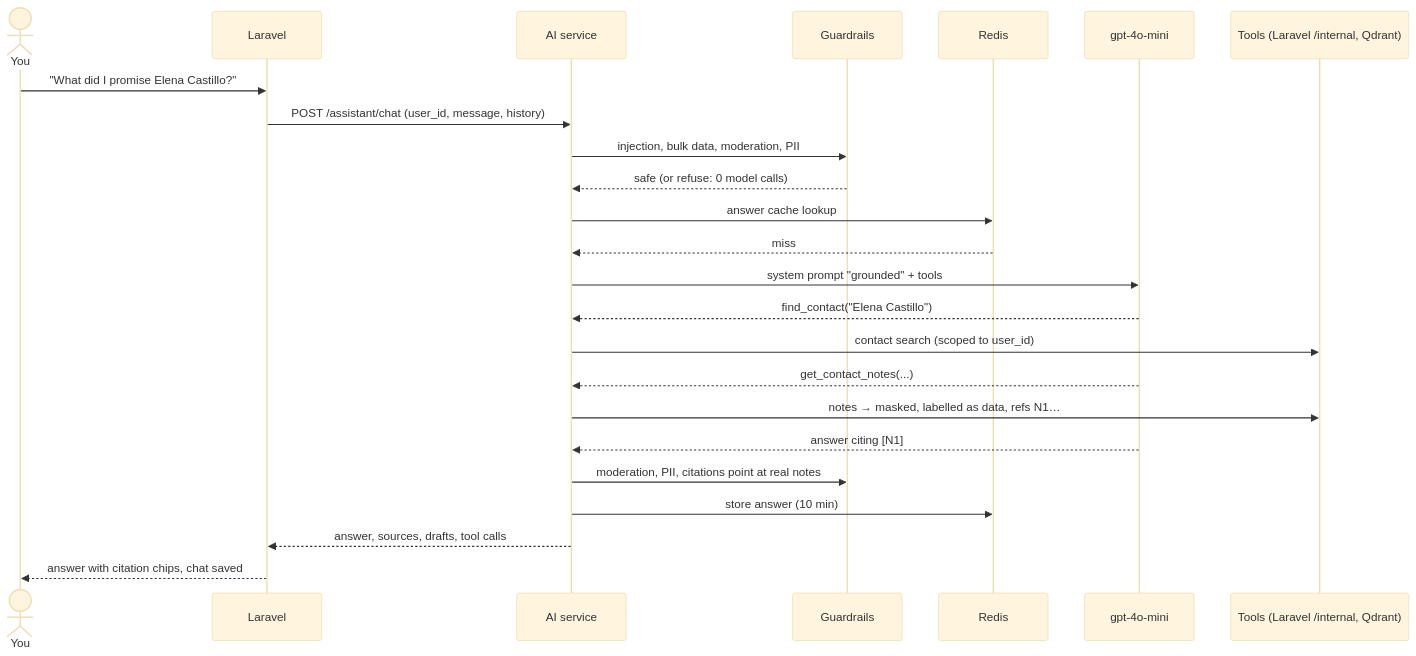
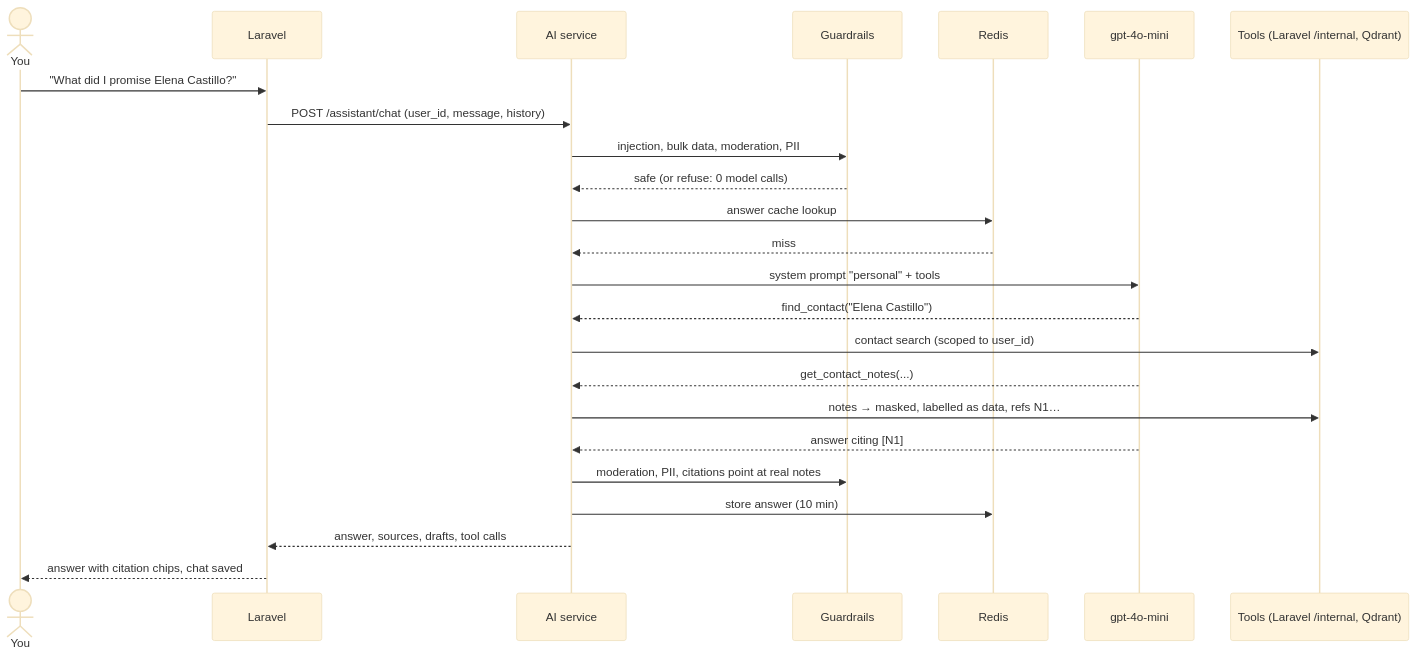
One commit to mIgsD3v/ai-metmemo-capstone changed the fourth of 5 diagrams in docs/architecture.md. Above: the diagram before and after it, drawn with Mermaid (base theme). The commit also changed 15 other files, not shown here.

````diff
--- a/docs/architecture.md
+++ b/docs/architecture.md
@@ -112,26 +112,26 @@
 ```mermaid
 sequenceDiagram
     actor U as You
     participant L as Laravel
     participant A as AI service
     participant G as Guardrails
     participant R as Redis
     participant M as gpt-4o-mini
     participant T as Tools (Laravel /internal, Qdrant)
     U->>L: "What did I promise Elena Castillo?"
     L->>A: POST /assistant/chat (user_id, message, history)
     A->>G: injection, bulk data, moderation, PII
     G-->>A: safe (or refuse: 0 model calls)
     A->>R: answer cache lookup
     R-->>A: miss
-    A->>M: system prompt "grounded" + tools
+    A->>M: system prompt "personal" + tools
     M-->>A: find_contact("Elena Castillo")
     A->>T: contact search (scoped to user_id)
     M-->>A: get_contact_notes(...)
     A->>T: notes → masked, labelled as data, refs N1…
     M-->>A: answer citing [N1]
     A->>G: moderation, PII, citations point at real notes
     A->>R: store answer (10 min)
     A-->>L: answer, sources, drafts, tool calls
     L-->>U: answer with citation chips, chat saved
 ```
````
